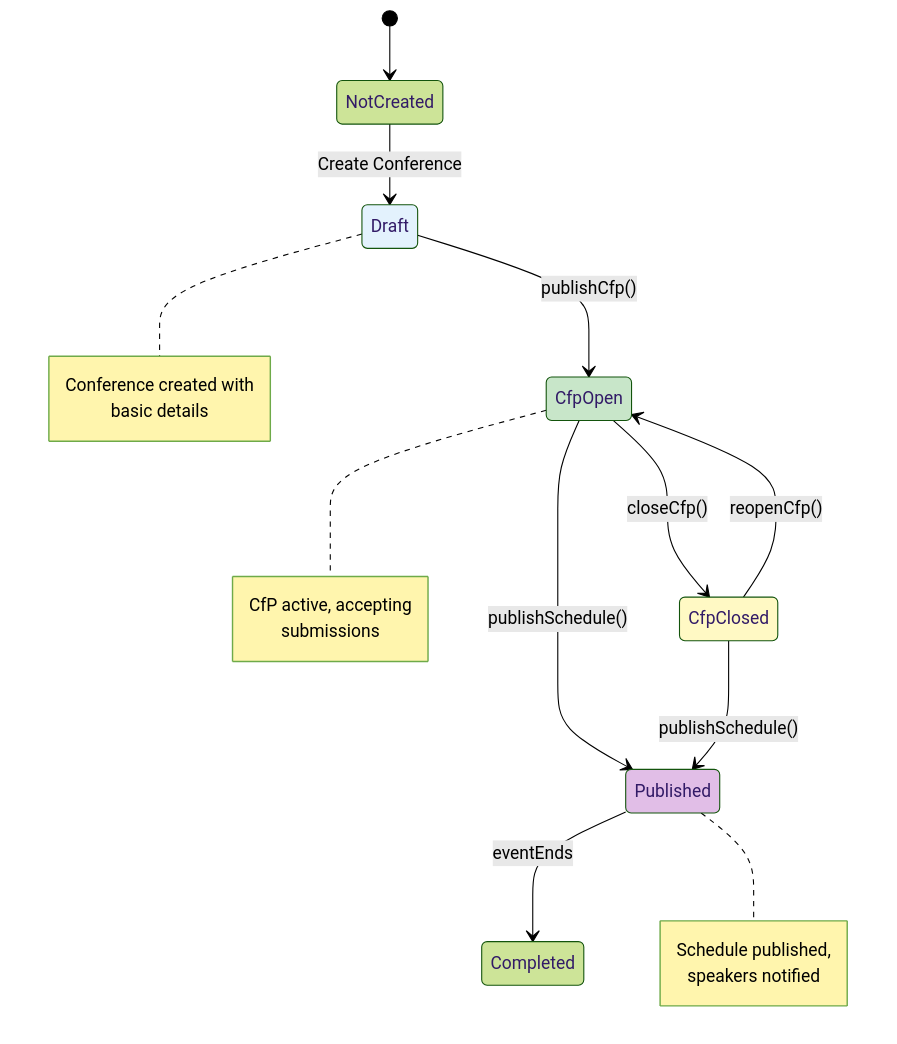
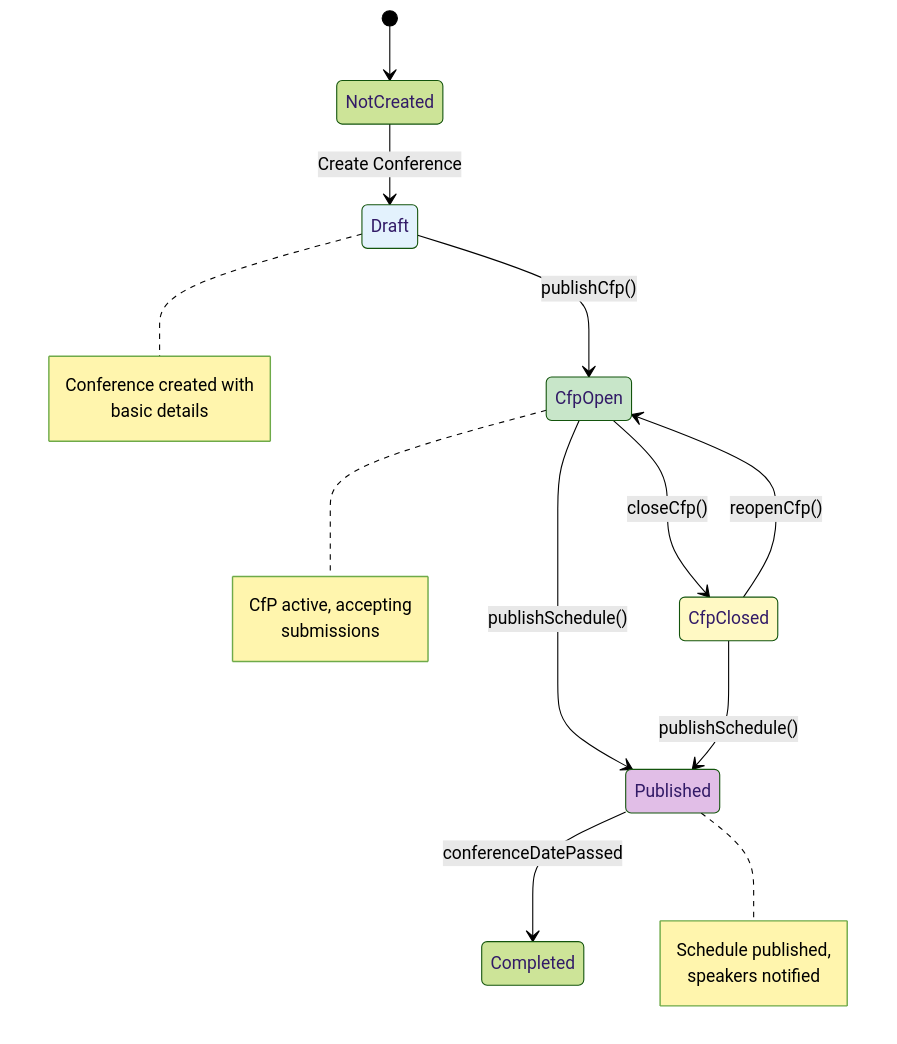
One commit to faparicior/SessioFlow changed the third of 3 diagrams in docs/product/bounded-contexts/conference/flows/journey-01-setup-conference.md. Above: the diagram before and after it, drawn with Mermaid (forest theme). The commit also changed other lines of this file and 24 other files, not shown here.

Commit message:
refactor: standardize ubiquitous language by replacing event terminology with conference throughout documentation

````diff
--- a/docs/product/bounded-contexts/conference/flows/journey-01-setup-conference.md
+++ b/docs/product/bounded-contexts/conference/flows/journey-01-setup-conference.md
@@ -322,31 +322,31 @@
 ```mermaid
 stateDiagram-v2
     [*] --> NotCreated
     NotCreated --> Draft: Create Conference
     Draft --> CfpOpen: publishCfp()
     CfpOpen --> CfpClosed: closeCfp()
     CfpClosed --> CfpOpen: reopenCfp()
     CfpOpen --> Published: publishSchedule()
     CfpClosed --> Published: publishSchedule()
-    Published --> Completed: eventEnds
+    Published --> Completed: conferenceDatePassed
     
     note right of Draft
         Conference created with
         basic details
     end note
     
     note right of CfpOpen
         CfP active, accepting
         submissions
     end note
     
     note right of Published
         Schedule published,
         speakers notified
     end note
     
     style Draft fill:#e3f2fd
     style CfpOpen fill:#c8e6c9
     style CfpClosed fill:#fff9c4
     style Published fill:#e1bee7
 ```
````
